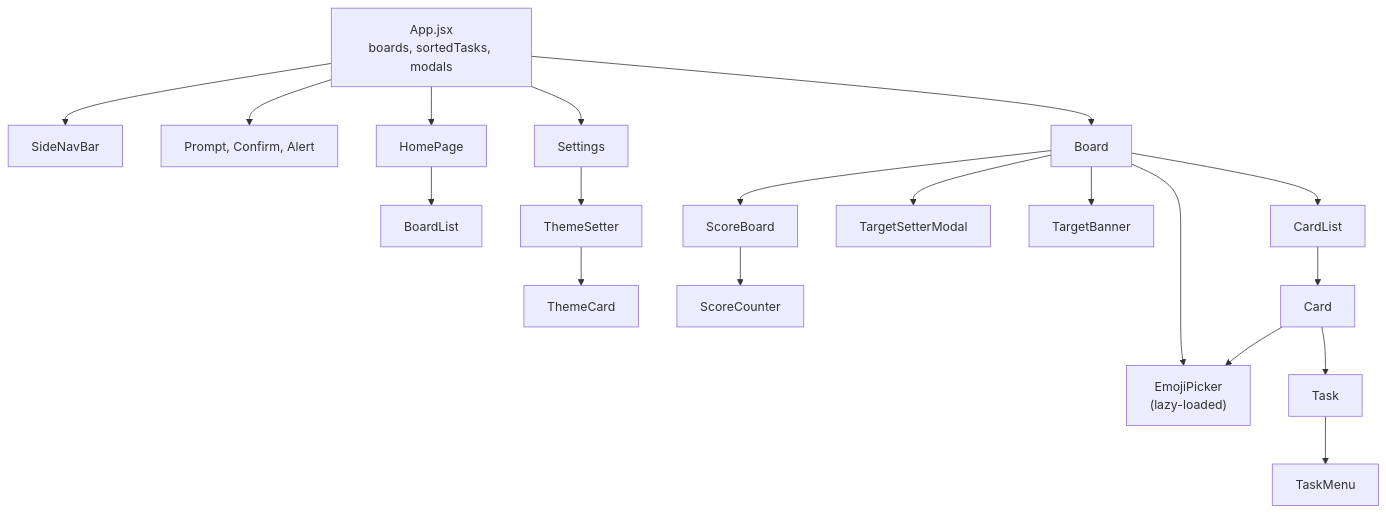
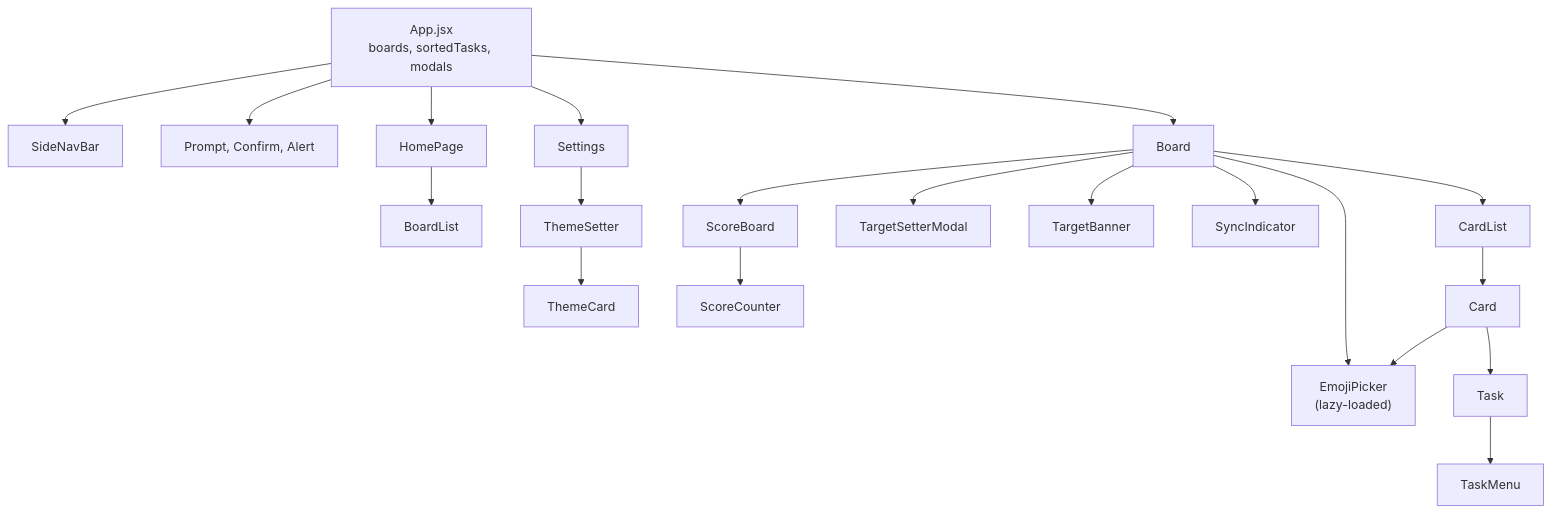
The second of 6 diagrams in ARCHITECTURE.md (TomBenjaminMorris/listpal-frontend), drawn with Mermaid before and after one commit. The commit also changed other lines of this file and 5 other files, not shown here.

````diff
--- a/ARCHITECTURE.md
+++ b/ARCHITECTURE.md
@@ -109,20 +109,21 @@
 ```mermaid
 flowchart TB
     App["App.jsx<br/>boards, sortedTasks, modals"]
     App --> SNB["SideNavBar"]
     App --> Modals["Prompt, Confirm, Alert"]
     App --> Home["HomePage"]
     App --> Settings["Settings"]
     App --> Board["Board"]
     Home --> BL["BoardList"]
     Settings --> TS["ThemeSetter"] --> TC["ThemeCard"]
     Board --> SB["ScoreBoard"] --> SC["ScoreCounter"]
     Board --> TSM["TargetSetterModal"]
     Board --> TB["TargetBanner"]
     Board --> EP["EmojiPicker<br/>(lazy-loaded)"]
+    Board --> SI["SyncIndicator"]
     Board --> CardList["CardList"]
     CardList --> Card["Card"]
     Card --> EP
     Card --> Task["Task"]
     Task --> TaskMenu["TaskMenu"]
 ```
````
